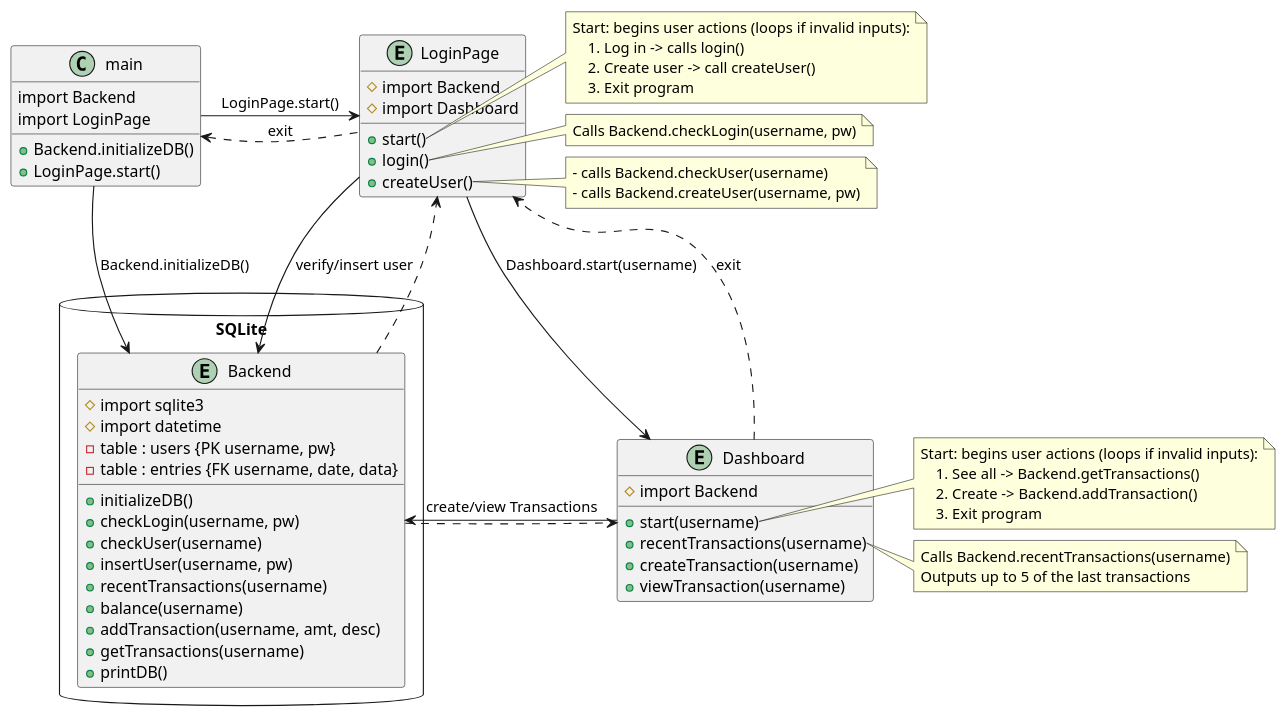
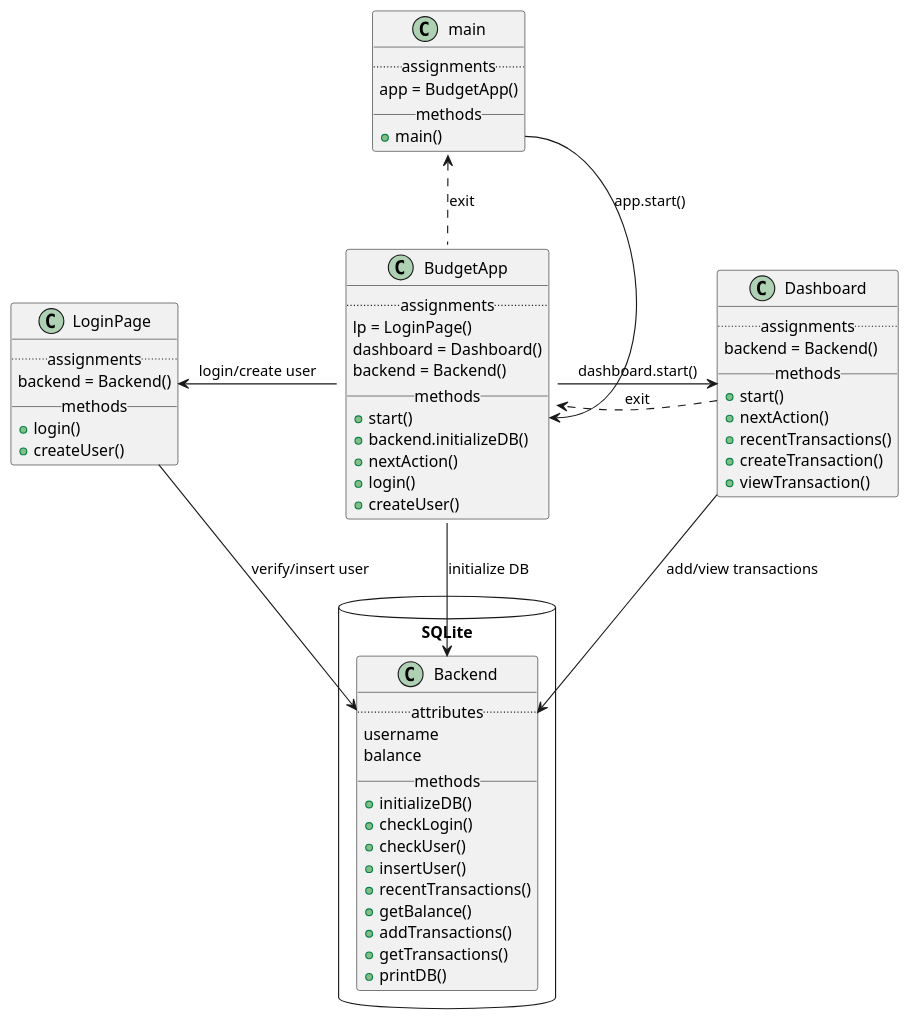
One commit to Tawn/BudgetTracker changed the diagram in overview.plantuml. Above: the diagram before and after it, drawn with PlantUML. The commit also changed 2 other files, not shown here.

```diff
--- a/overview.plantuml
+++ b/overview.plantuml
@@ -1,85 +1,71 @@
 @startuml Overview
 
 class main {
-    import Backend
-    import LoginPage
-    +Backend.initializeDB()
-    +LoginPage.start()
+    ..assignments..
+    app = BudgetApp()
+    __methods__
+    +main()
 }
 
-entity LoginPage {
-    #import Backend
-    #import Dashboard
+class BudgetApp {
+    ..assignments..
+    lp = LoginPage()
+    dashboard = Dashboard()
+    backend = Backend()
+    __methods__
     +start()
+    +backend.initializeDB()
+    +nextAction()
     +login()
     +createUser()
 }
 
-note right of LoginPage::start
-    Start: begins user actions (loops if invalid inputs):
-        1. Log in -> calls login()
-        2. Create user -> call createUser()
-        3. Exit program 
-end note
-
-note right of LoginPage::login
-    Calls Backend.checkLogin(username, pw)
-end note
-
-note right of LoginPage::createUser
-    - calls Backend.checkUser(username)
-    - calls Backend.createUser(username, pw)
-end note
-
-package SQLite <<database>> {  
-    entity Backend {
-        #import sqlite3
-        #import datetime
-        -table : users {PK username, pw}
-        -table : entries {FK username, date, data}
+package SQLite <<Database>> {
+    class Backend { 
+        ..attributes..
+        username
+        balance
+        __methods__
         +initializeDB()
-        +checkLogin(username, pw)
-        +checkUser(username)
-        +insertUser(username, pw)
-        +recentTransactions(username)
-        +balance(username)    
-        +addTransaction(username, amt, desc)
-        +getTransactions(username)
+        +checkLogin()
+        +checkUser()
+        +insertUser()
+        +recentTransactions()
+        +getBalance()
+        +addTransactions()
+        +getTransactions()
         +printDB()
     }
 }
 
-entity Dashboard {
-    #import Backend
-    +start(username)
-    +recentTransactions(username)
-    +createTransaction(username)
-    +viewTransaction(username)
+class LoginPage {
+    ..assignments..
+    backend = Backend()
+    __methods__
+    +login()
+    +createUser()
 }
 
-note right of Dashboard::start
-    Start: begins user actions (loops if invalid inputs):
-        1. See all -> Backend.getTransactions()
-        2. Create -> Backend.addTransaction()
-        3. Exit program 
-end note
-note right of Dashboard::recentTransactions
-    Calls Backend.recentTransactions(username)
-    Outputs up to 5 of the last transactions
-end note
+class Dashboard {
+    ..assignments..
+    backend = Backend()
+    __methods__
+    +start()
+    +nextAction()
+    +recentTransactions()
+    +createTransaction()
+    +viewTransaction()
+}
 
-main -right-> LoginPage : LoginPage.start()
-main -down-> Backend : Backend.initializeDB()
+main::main -down-> BudgetApp::start : app.start()
 
-LoginPage .left.> main : exit
+BudgetApp .up.> main : exit
+BudgetApp -down-> Backend : initialize DB
+BudgetApp -left-> LoginPage : login/create user
+BudgetApp -right-> Dashboard : dashboard.start()
+
 LoginPage --> Backend : verify/insert user
-LoginPage -down-> Dashboard : Dashboard.start(username)
 
-Dashboard ..> LoginPage : exit
-Dashboard -left-> Backend : create/view Transactions
-
-Backend ..> LoginPage
-Backend .right.> Dashboard 
-
-
+Dashboard ..> BudgetApp : exit
+Dashboard --> Backend : add/view transactions
 @enduml
```
